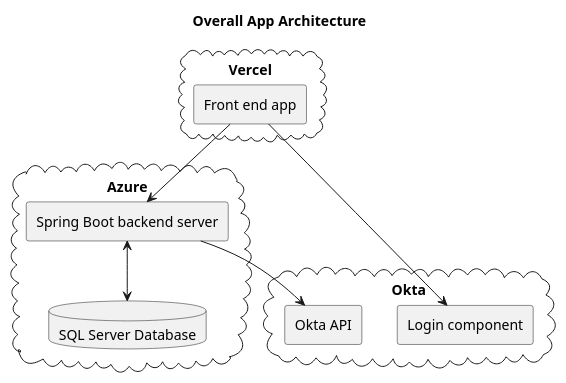
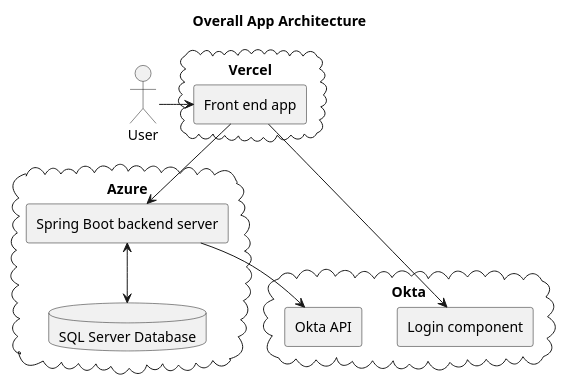
The diagram in source/overallArchitecture.puml (lightbulb-lms/documentation), drawn with PlantUML before and after one commit.

Commit message:
Add user

```diff
--- a/source/overallArchitecture.puml
+++ b/source/overallArchitecture.puml
@@ -1,24 +1,27 @@
 @startuml
 title Overall App Architecture
 skinparam componentStyle rectangle
 
 cloud "Azure" {
 [Spring Boot backend server] as be
 database "SQL Server Database" as db
 }
 
 cloud "Vercel" {
 [Front end app] as fe
 }
 
 cloud "Okta" {
 [Okta API] as oa
 [Login component] as lc
 }
 
+actor User as u
+
 be <--> db
 fe --> be
 fe --> lc
 be --> oa
+u --right--> fe
 
 @enduml
```
